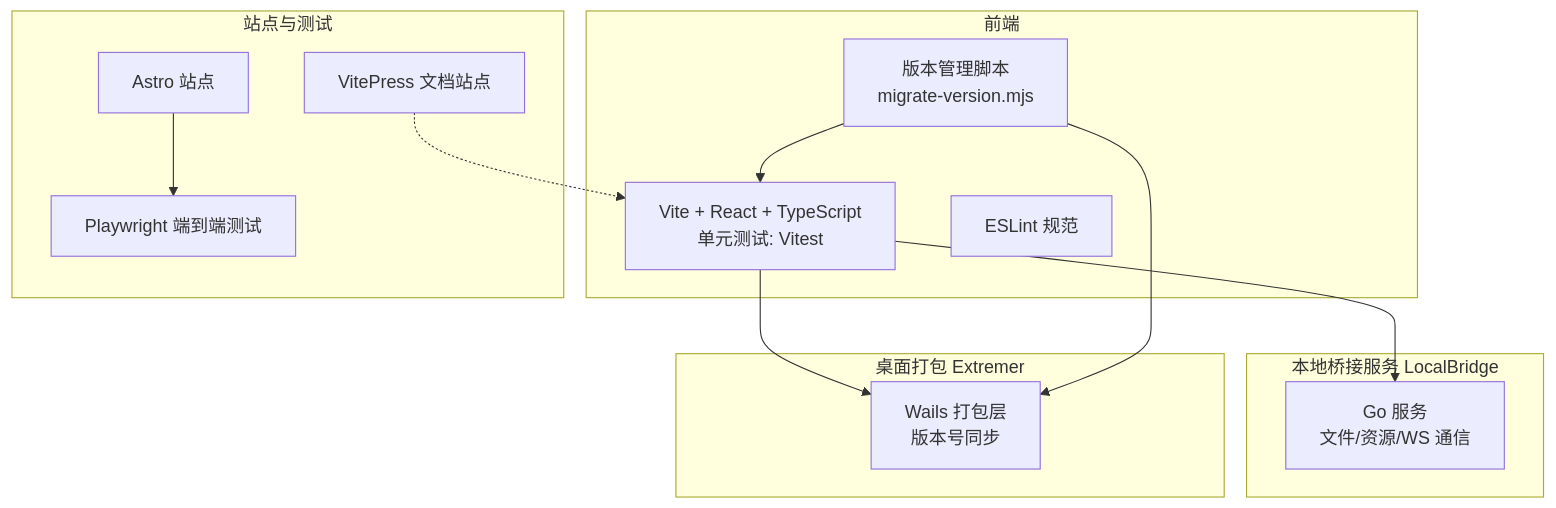
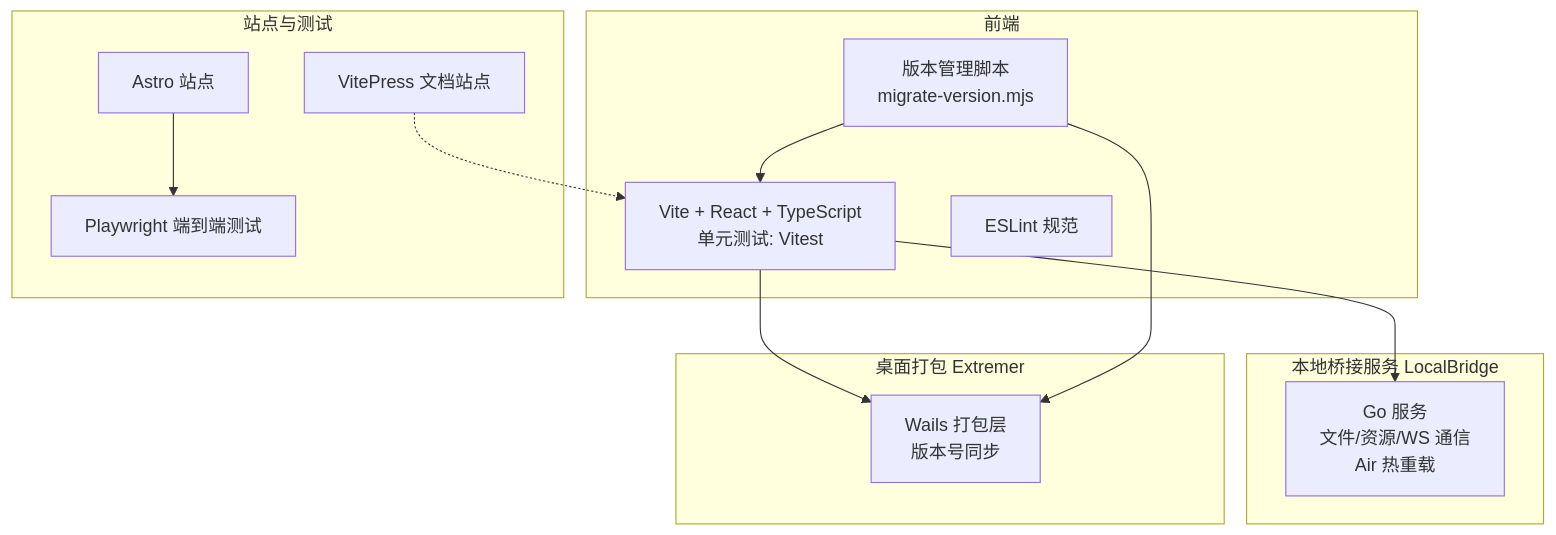
One commit to kqcoxn/MaaPipelineEditor changed the first of 3 diagrams in .qoder/repowiki/zh/content/开发与测试.md. Above: the diagram before and after it, drawn with Mermaid. The commit also changed other lines of this file and 37 other files, not shown here.

````diff
--- a/.qoder/repowiki/zh/content/开发与测试.md
+++ b/.qoder/repowiki/zh/content/开发与测试.md
@@ -51,25 +57,25 @@
 ```mermaid
 graph TB
 subgraph "前端"
 FE["Vite + React + TypeScript<br/>单元测试: Vitest"]
 ESL["ESLint 规范"]
 VM["版本管理脚本<br/>migrate-version.mjs"]
 end
 subgraph "本地桥接服务 LocalBridge"
-LB["Go 服务<br/>文件/资源/WS 通信"]
+LB["Go 服务<br/>文件/资源/WS 通信<br/>Air 热重载"]
 end
 subgraph "桌面打包 Extremer"
 EX["Wails 打包层<br/>版本号同步"]
 end
 subgraph "站点与测试"
 LD["Astro 站点"]
 PW["Playwright 端到端测试"]
 DS["VitePress 文档站点"]
 end
 FE --> LB
 FE --> EX
 LD --> PW
 DS -.-> FE
 VM --> EX
 VM --> FE
 ```
````
